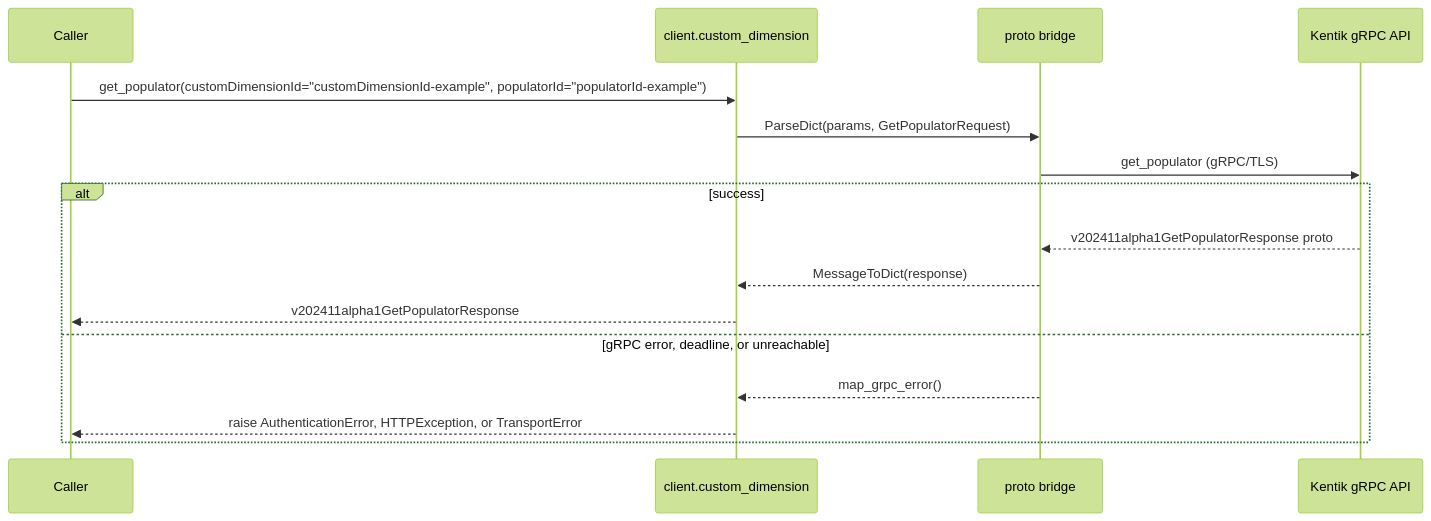
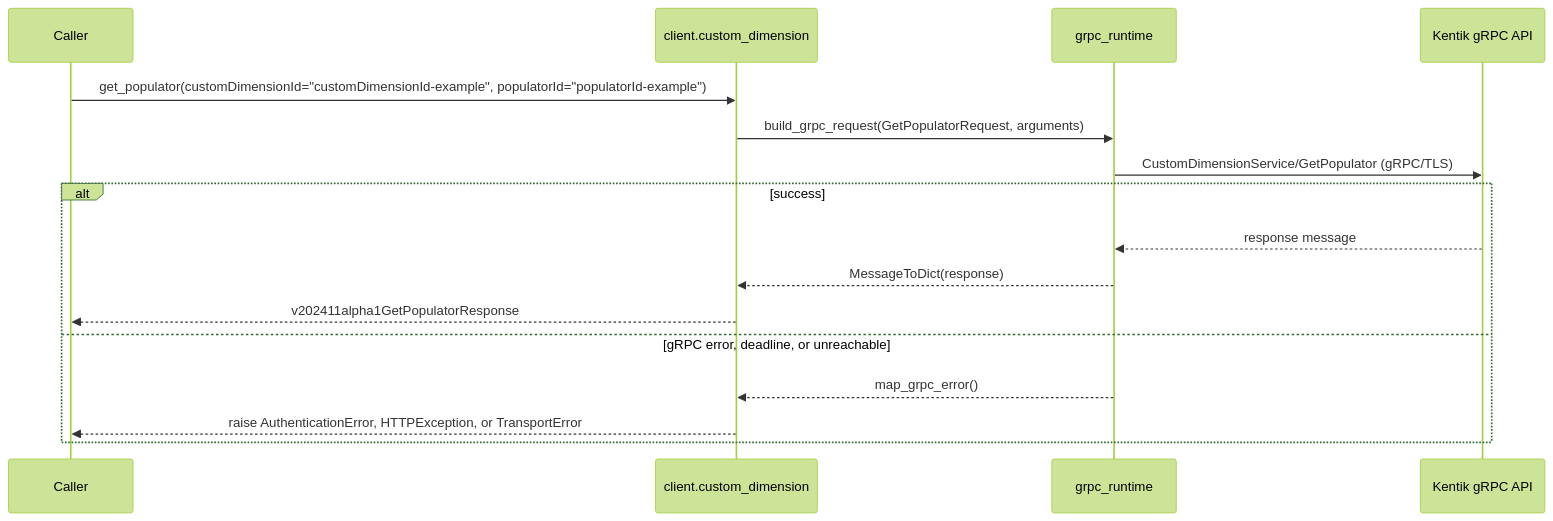
Diagram 13 of 22 in docs/sphinx/services/custom_dimension.md (alexdearaujo/community_sdk_python), drawn with Mermaid (forest theme) before and after one commit. The commit also changed other lines of this file and 37 other files, not shown here.

First line of the commit message:
docs: show the real RPC in each service page's gRPC diagram

````diff
--- a/docs/sphinx/services/custom_dimension.md
+++ b/docs/sphinx/services/custom_dimension.md
@@ -435,19 +435,19 @@
 ```mermaid
 sequenceDiagram
     participant C as Caller
     participant W as client.custom_dimension
-    participant B as proto bridge
+    participant R as grpc_runtime
     participant API as Kentik gRPC API
 
     C->>W: get_populator(customDimensionId="customDimensionId-example", populatorId="populatorId-example")
-    W->>B: ParseDict(params, GetPopulatorRequest)
-    B->>API: get_populator (gRPC/TLS)
+    W->>R: build_grpc_request(GetPopulatorRequest, arguments)
+    R->>API: CustomDimensionService/GetPopulator (gRPC/TLS)
     alt success
-        API-->>B: v202411alpha1GetPopulatorResponse proto
-        B-->>W: MessageToDict(response)
+        API-->>R: response message
+        R-->>W: MessageToDict(response)
         W-->>C: v202411alpha1GetPopulatorResponse
     else gRPC error, deadline, or unreachable
-        B-->>W: map_grpc_error()
+        R-->>W: map_grpc_error()
         W-->>C: raise AuthenticationError, HTTPException, or TransportError
     end
 ```
````
